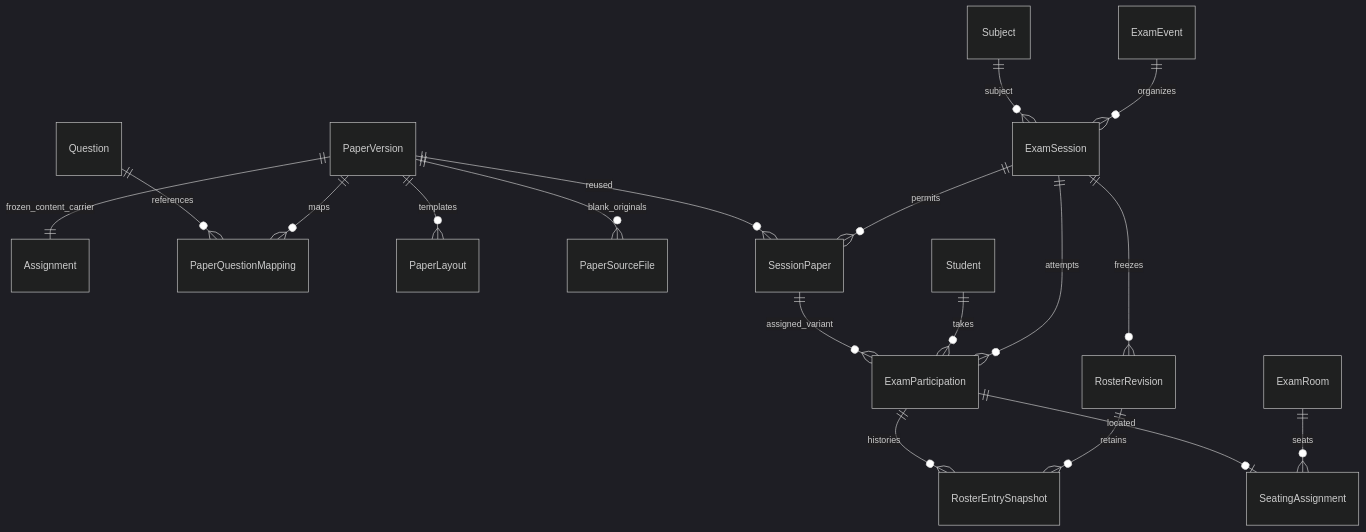
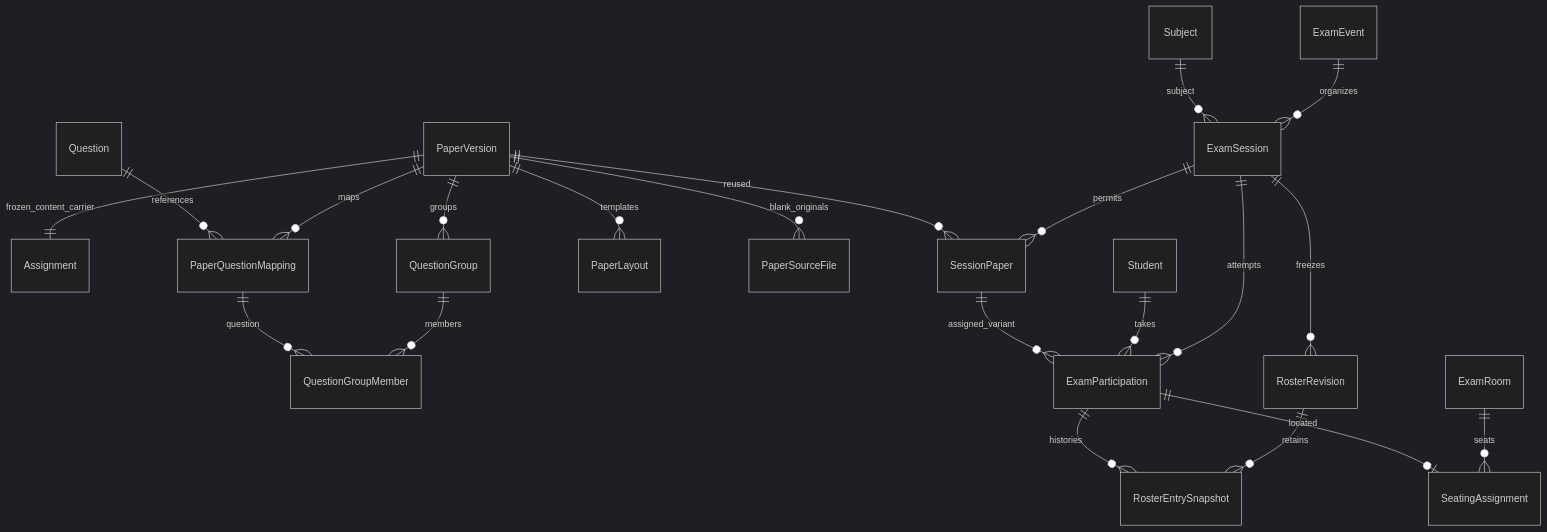
One commit to hvqo/huipi-cloud changed the second of 7 diagrams in docs/architecture/school-exam-domain.md. Above: the diagram before and after it, drawn with Mermaid (dark theme). The commit also changed other lines of this file and 1 other file, not shown here.

````diff
--- a/docs/architecture/school-exam-domain.md
+++ b/docs/architecture/school-exam-domain.md
@@ -46,20 +46,23 @@
 ```mermaid
 erDiagram
   ExamEvent ||--o{ ExamSession : organizes
   Subject ||--o{ ExamSession : subject
   PaperVersion ||--|| Assignment : frozen_content_carrier
   PaperVersion ||--o{ PaperQuestionMapping : maps
+  PaperVersion ||--o{ QuestionGroup : groups
+  QuestionGroup ||--o{ QuestionGroupMember : members
+  PaperQuestionMapping ||--o{ QuestionGroupMember : question
   Question ||--o{ PaperQuestionMapping : references
   PaperVersion ||--o{ PaperLayout : templates
   PaperVersion ||--o{ PaperSourceFile : blank_originals
   ExamSession ||--o{ SessionPaper : permits
   PaperVersion ||--o{ SessionPaper : reused
   ExamSession ||--o{ RosterRevision : freezes
   RosterRevision ||--o{ RosterEntrySnapshot : retains
   ExamSession ||--o{ ExamParticipation : attempts
   Student ||--o{ ExamParticipation : takes
   ExamParticipation ||--o{ RosterEntrySnapshot : histories
   SessionPaper ||--o{ ExamParticipation : assigned_variant
   ExamRoom ||--o{ SeatingAssignment : seats
   ExamParticipation ||--o| SeatingAssignment : located
 ```
````
